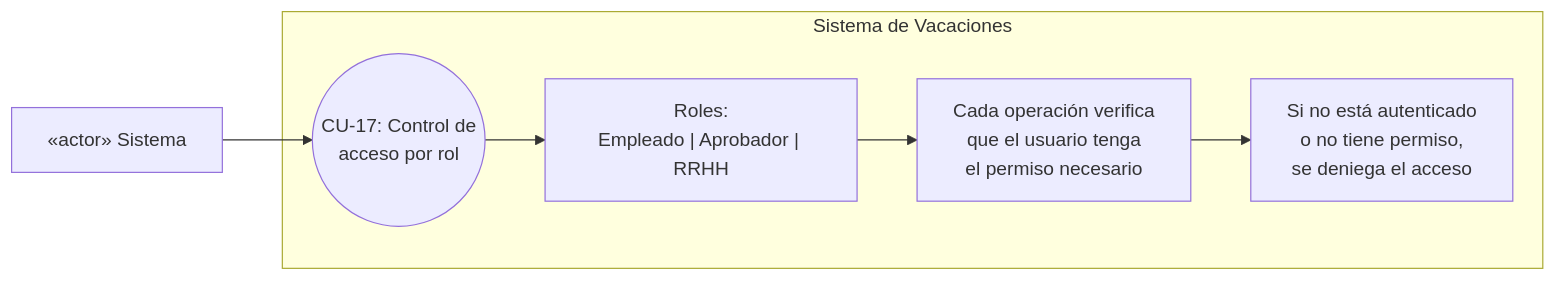
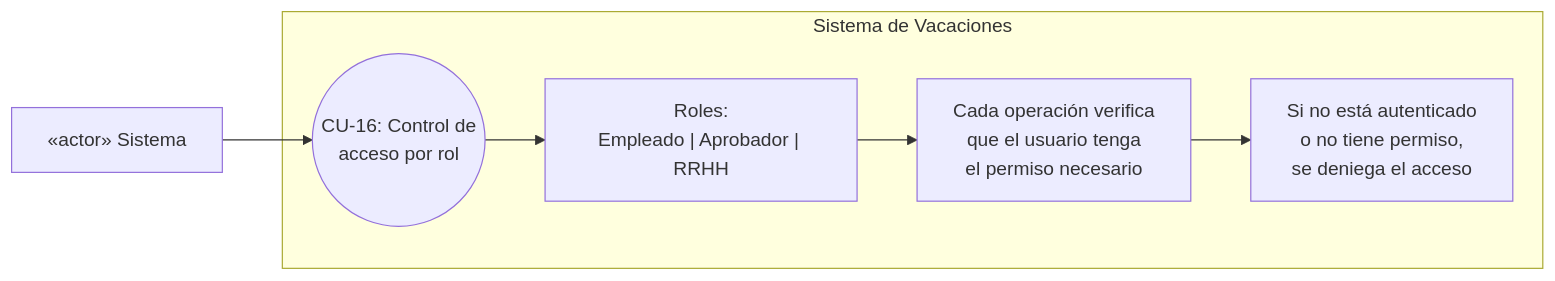
Diagram 16 of 19 in docs/use-case-diagrams.md (Oscar26-zs/Solicitud_de_Vacaciones), drawn with Mermaid before and after one commit. The commit also changed other lines of this file and 1 other file, not shown here.

````diff
--- a/docs/use-case-diagrams.md
+++ b/docs/use-case-diagrams.md
@@ -449,11 +428,11 @@
 ```mermaid
 graph LR
     subgraph S["Sistema de Vacaciones"]
-        CU17(("CU-17: Control de<br/>acceso por rol"))
+        CU16(("CU-16: Control de<br/>acceso por rol"))
         R1["Roles:<br/>Empleado | Aprobador | RRHH"]
         R2["Cada operación verifica<br/>que el usuario tenga<br/>el permiso necesario"]
         R3["Si no está autenticado<br/>o no tiene permiso,<br/>se deniega el acceso"]
-        CU17 --> R1 --> R2 --> R3
+        CU16 --> R1 --> R2 --> R3
     end
-    Sis["«actor» Sistema"] --> CU17
+    Sis["«actor» Sistema"] --> CU16
 ```
````
